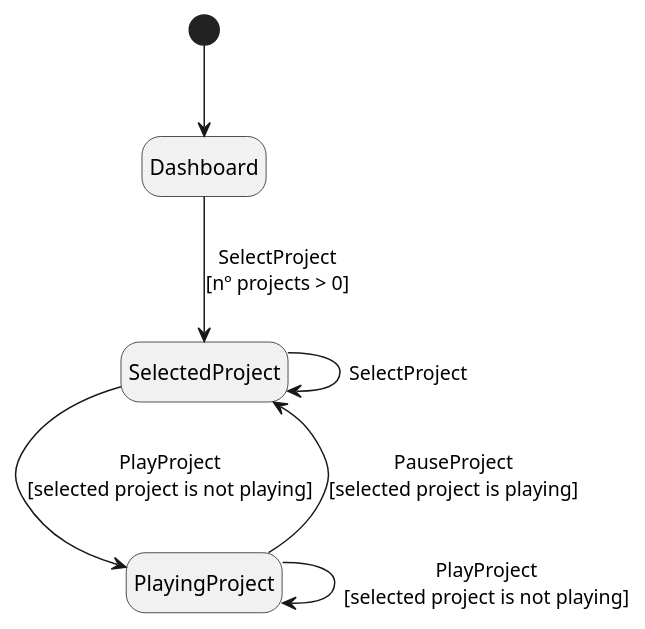
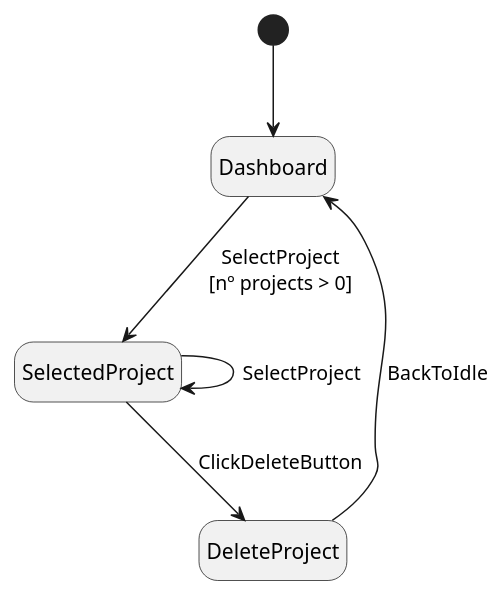
The diagram in assignments/4_model_based_testing/state_machines/state_machine_2.puml (JoaoCostaIFG/tvvs), drawn with PlantUML before and after one commit. The commit also changed 5 other files, not shown here.

```diff
--- a/assignments/4_model_based_testing/state_machines/state_machine_2.puml
+++ b/assignments/4_model_based_testing/state_machines/state_machine_2.puml
@@ -1,14 +1,13 @@
 @startuml
 hide empty description
 
 [*] --> Dashboard
 
 Dashboard --> SelectedProject : SelectProject\n[nº projects > 0]
 
 SelectedProject --> SelectedProject : SelectProject
-SelectedProject --> PlayingProject : PlayProject\n[selected project is not playing]
+SelectedProject --> DeleteProject : ClickDeleteButton
 
-PlayingProject --> PlayingProject : PlayProject\n[selected project is not playing]
-PlayingProject --> SelectedProject : PauseProject\n[selected project is playing]
+DeleteProject --> Dashboard : BackToIdle
 
 @enduml
```
